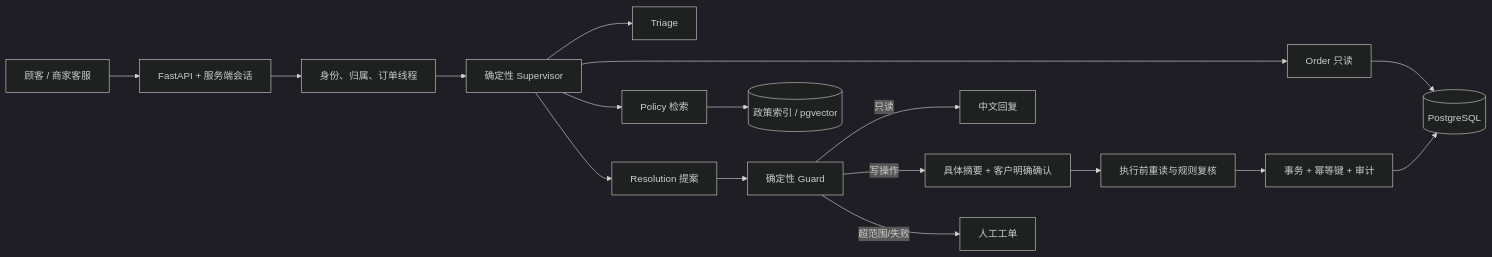
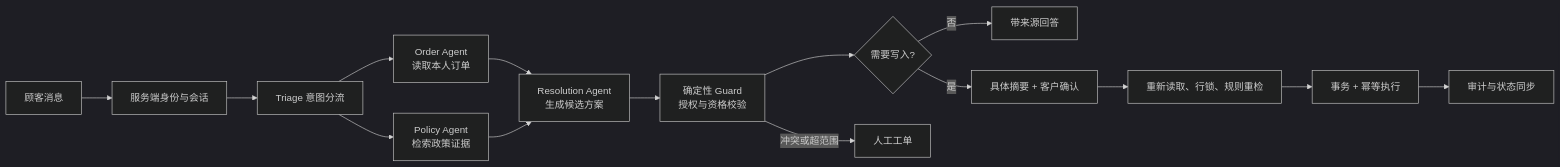
Before and after one commit to QIUyf517/serviceflow-agent-platform: the diagram in README.md, drawn with Mermaid (dark theme). The commit also changed other lines of this file and 7 other files, not shown here.

````diff
--- a/README.md
+++ b/README.md
@@ -15,19 +22,17 @@
 ```mermaid
 flowchart LR
-  C[顾客 / 商家客服] --> API[FastAPI + 服务端会话]
-  API --> ID[身份、归属、订单线程]
-  ID --> SUP[确定性 Supervisor]
-  SUP --> T[Triage]
-  SUP --> O[Order 只读]
-  SUP --> P[Policy 检索]
-  SUP --> R[Resolution 提案]
-  O --> DB[(PostgreSQL)]
-  P --> KB[(政策索引 / pgvector)]
-  R --> G[确定性 Guard]
-  G -->|只读| REPLY[中文回复]
-  G -->|写操作| CONFIRM[具体摘要 + 客户明确确认]
-  CONFIRM --> RECHECK[执行前重读与规则复核]
-  RECHECK --> TX[事务 + 幂等键 + 审计]
-  TX --> DB
-  G -->|超范围/失败| HUMAN[人工工单]
+    U[顾客消息] --> I[服务端身份与会话]
+    I --> T[Triage 意图分流]
+    T --> O[Order Agent<br/>读取本人订单]
+    T --> P[Policy Agent<br/>检索政策证据]
+    O --> R[Resolution Agent<br/>生成候选方案]
+    P --> R
+    R --> G[确定性 Guard<br/>授权与资格校验]
+    G --> C{需要写入?}
+    C -- 否 --> A[带来源回答]
+    C -- 是 --> X[具体摘要 + 客户确认]
+    X --> V[重新读取、行锁、规则重检]
+    V --> E[事务 + 幂等执行]
+    E --> L[审计与状态同步]
+    G -- 冲突或超范围 --> H[人工工单]
 ```
````
